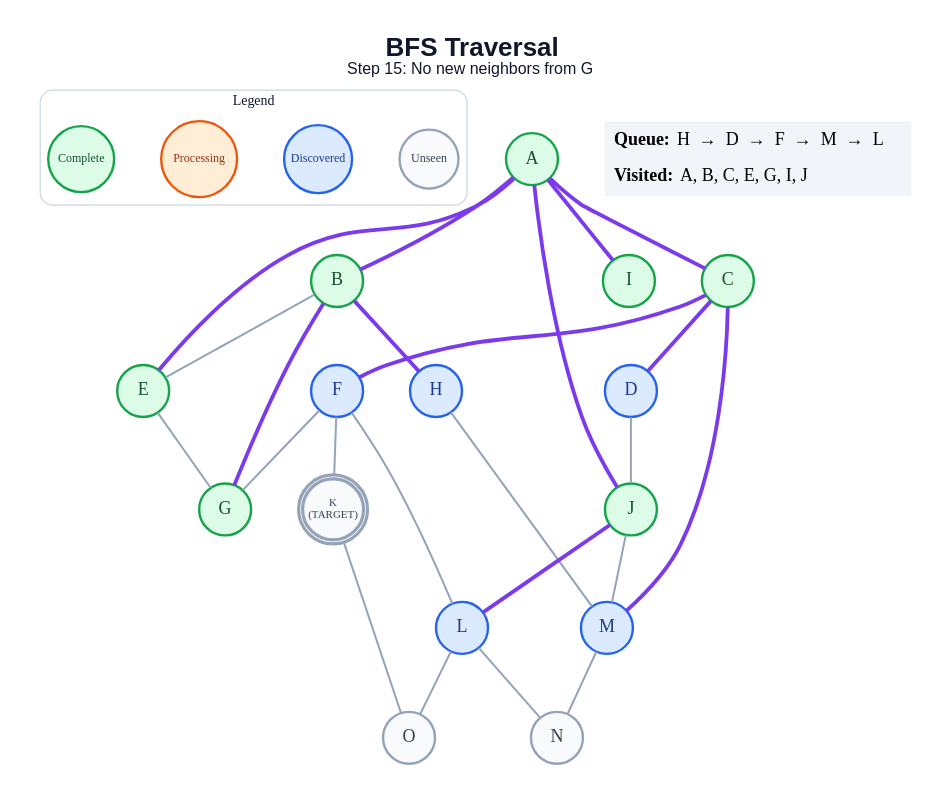
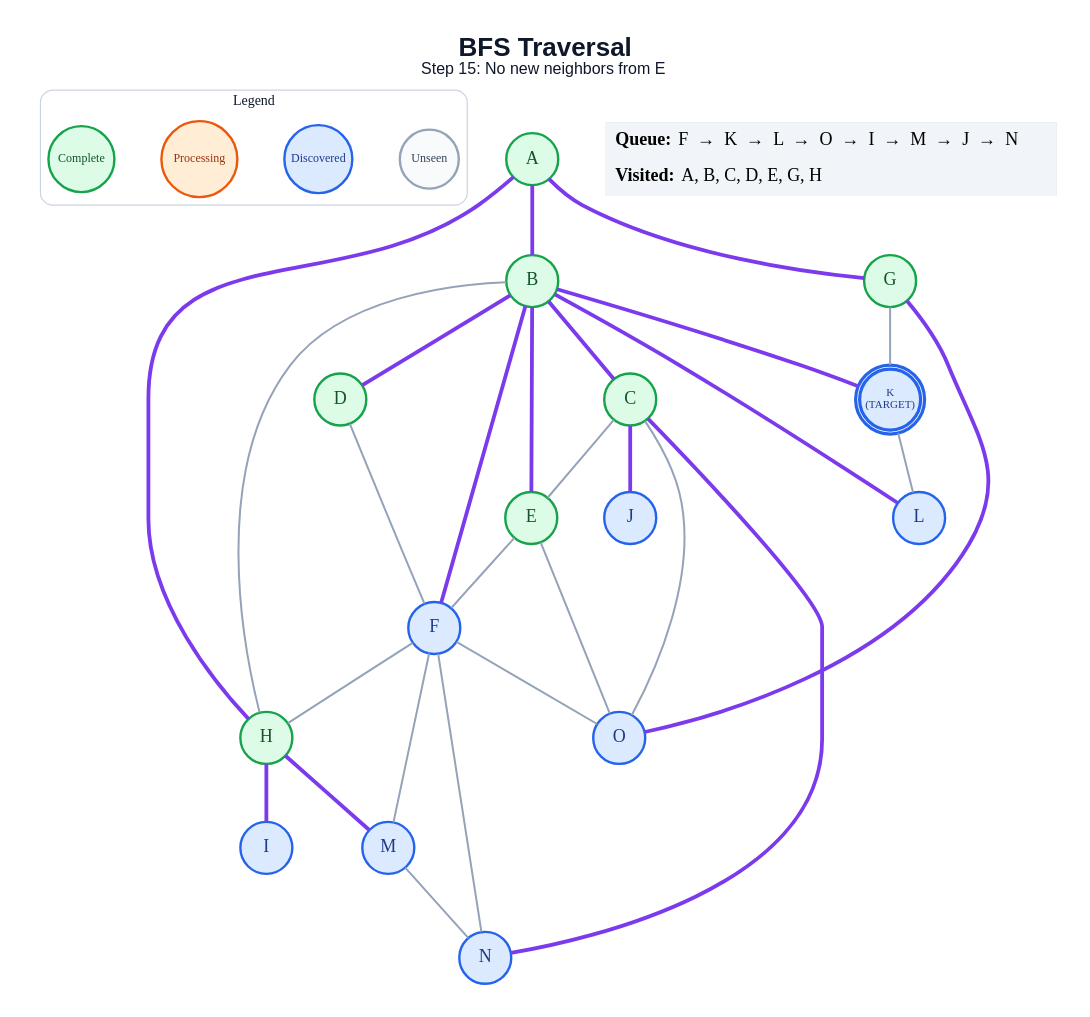
One commit to anon7238593-create/ai-slop changed the diagram in generated/specific-node/bfs/step_15.dot. Above: the diagram before and after it, drawn with Graphviz. The commit also changed 289 other files, not shown here.

```diff
--- a/generated/specific-node/bfs/step_15.dot
+++ b/generated/specific-node/bfs/step_15.dot
@@ -1,57 +1,61 @@
 graph traversal {
   graph [layout=dot, rankdir=TB, bgcolor="#FFFFFF", pad="0.35", nodesep="0.65", ranksep="0.8", fontname="Arial"];
   node [shape=circle, style="filled", fontname="Arial Bold", fontsize=18, width=0.72, fixedsize=true, penwidth=2.4];
   edge [color="#94A3B8", penwidth=2.0];
-  label=<<B>BFS Traversal</B><BR/><FONT POINT-SIZE="16">Step 15: No new neighbors from G</FONT>>; labelloc="t"; fontsize=26; fontname="Arial"; fontcolor="#0F172A";
+  label=<<B>BFS Traversal</B><BR/><FONT POINT-SIZE="16">Step 15: No new neighbors from E</FONT>>; labelloc="t"; fontsize=26; fontname="Arial"; fontcolor="#0F172A";
   subgraph cluster_legend { label="Legend"; color="#CBD5E1"; penwidth=1.2; style="rounded"; fontsize=14; fontname="Arial Bold";
     key_unseen [label="Unseen", fillcolor="#F8FAFC", color="#94A3B8", fontcolor="#334155", fontsize=12, width=0.82];
     key_frontier [label="Discovered", fillcolor="#DBEAFE", color="#2563EB", fontcolor="#1E3A8A", fontsize=12, width=0.95];
     key_current [label="Processing", fillcolor="#FFEDD5", color="#EA580C", fontcolor="#9A3412", fontsize=12, width=1.05];
     key_done [label="Complete", fillcolor="#DCFCE7", color="#16A34A", fontcolor="#14532D", fontsize=12, width=0.92];
     { rank=same; key_unseen; key_frontier; key_current; key_done; }
   }
   A [label="A", fillcolor="#DCFCE7", color="#16A34A", fontcolor="#14532D", peripheries=1, penwidth=2.4];
   B [label="B", fillcolor="#DCFCE7", color="#16A34A", fontcolor="#14532D", peripheries=1, penwidth=2.4];
   C [label="C", fillcolor="#DCFCE7", color="#16A34A", fontcolor="#14532D", peripheries=1, penwidth=2.4];
-  D [label="D", fillcolor="#DBEAFE", color="#2563EB", fontcolor="#1E3A8A", peripheries=1, penwidth=2.4];
+  D [label="D", fillcolor="#DCFCE7", color="#16A34A", fontcolor="#14532D", peripheries=1, penwidth=2.4];
   E [label="E", fillcolor="#DCFCE7", color="#16A34A", fontcolor="#14532D", peripheries=1, penwidth=2.4];
   F [label="F", fillcolor="#DBEAFE", color="#2563EB", fontcolor="#1E3A8A", peripheries=1, penwidth=2.4];
   G [label="G", fillcolor="#DCFCE7", color="#16A34A", fontcolor="#14532D", peripheries=1, penwidth=2.4];
-  H [label="H", fillcolor="#DBEAFE", color="#2563EB", fontcolor="#1E3A8A", peripheries=1, penwidth=2.4];
-  I [label="I", fillcolor="#DCFCE7", color="#16A34A", fontcolor="#14532D", peripheries=1, penwidth=2.4];
-  J [label="J", fillcolor="#DCFCE7", color="#16A34A", fontcolor="#14532D", peripheries=1, penwidth=2.4];
-  K [label="K\n(TARGET)", fillcolor="#F8FAFC", color="#94A3B8", fontcolor="#334155", peripheries=2, penwidth=3.2, fontsize=11, width=0.85, height=0.85];
+  H [label="H", fillcolor="#DCFCE7", color="#16A34A", fontcolor="#14532D", peripheries=1, penwidth=2.4];
+  I [label="I", fillcolor="#DBEAFE", color="#2563EB", fontcolor="#1E3A8A", peripheries=1, penwidth=2.4];
+  J [label="J", fillcolor="#DBEAFE", color="#2563EB", fontcolor="#1E3A8A", peripheries=1, penwidth=2.4];
+  K [label="K\n(TARGET)", fillcolor="#DBEAFE", color="#2563EB", fontcolor="#1E3A8A", peripheries=2, penwidth=3.2, fontsize=11, width=0.85, height=0.85];
   L [label="L", fillcolor="#DBEAFE", color="#2563EB", fontcolor="#1E3A8A", peripheries=1, penwidth=2.4];
   M [label="M", fillcolor="#DBEAFE", color="#2563EB", fontcolor="#1E3A8A", peripheries=1, penwidth=2.4];
-  N [label="N", fillcolor="#F8FAFC", color="#94A3B8", fontcolor="#334155", peripheries=1, penwidth=2.4];
-  O [label="O", fillcolor="#F8FAFC", color="#94A3B8", fontcolor="#334155", peripheries=1, penwidth=2.4];
+  N [label="N", fillcolor="#DBEAFE", color="#2563EB", fontcolor="#1E3A8A", peripheries=1, penwidth=2.4];
+  O [label="O", fillcolor="#DBEAFE", color="#2563EB", fontcolor="#1E3A8A", peripheries=1, penwidth=2.4];
   A -- B [color="#7C3AED", penwidth=3.8];
-  A -- C [color="#7C3AED", penwidth=3.8];
-  A -- E [color="#7C3AED", penwidth=3.8];
-  A -- I [color="#7C3AED", penwidth=3.8];
-  A -- J [color="#7C3AED", penwidth=3.8];
-  B -- E;
-  B -- G [color="#7C3AED", penwidth=3.8];
-  B -- H [color="#7C3AED", penwidth=3.8];
-  C -- D [color="#7C3AED", penwidth=3.8];
-  C -- F [color="#7C3AED", penwidth=3.8];
-  C -- M [color="#7C3AED", penwidth=3.8];
-  D -- J;
-  E -- G;
-  F -- G;
-  F -- K;
-  F -- L;
-  H -- M;
-  J -- L [color="#7C3AED", penwidth=3.8];
-  J -- M;
-  K -- O;
-  L -- N;
-  L -- O;
+  A -- G [color="#7C3AED", penwidth=3.8];
+  A -- H [color="#7C3AED", penwidth=3.8];
+  B -- C [color="#7C3AED", penwidth=3.8];
+  B -- D [color="#7C3AED", penwidth=3.8];
+  B -- E [color="#7C3AED", penwidth=3.8];
+  B -- F [color="#7C3AED", penwidth=3.8];
+  B -- H;
+  B -- K [color="#7C3AED", penwidth=3.8];
+  B -- L [color="#7C3AED", penwidth=3.8];
+  C -- E;
+  C -- J [color="#7C3AED", penwidth=3.8];
+  C -- N [color="#7C3AED", penwidth=3.8];
+  C -- O;
+  D -- F;
+  E -- F;
+  E -- O;
+  F -- H;
+  F -- M;
+  F -- N;
+  F -- O;
+  G -- K;
+  G -- O [color="#7C3AED", penwidth=3.8];
+  H -- I [color="#7C3AED", penwidth=3.8];
+  H -- M [color="#7C3AED", penwidth=3.8];
+  K -- L;
   M -- N;
   status [shape=plain, fixedsize=false, width=0, height=0, margin=0, label=<
     <TABLE BORDER="0" CELLBORDER="0" CELLPADDING="7" BGCOLOR="#F1F5F9">
-      <TR><TD ALIGN="LEFT"><B>Queue:</B> H  →  D  →  F  →  M  →  L</TD></TR>
-      <TR><TD ALIGN="LEFT"><B>Visited:</B> A, B, C, E, G, I, J</TD></TR>
+      <TR><TD ALIGN="LEFT"><B>Queue:</B> F  →  K  →  L  →  O  →  I  →  M  →  J  →  N</TD></TR>
+      <TR><TD ALIGN="LEFT"><B>Visited:</B> A, B, C, D, E, G, H</TD></TR>
     </TABLE>
   >];
 }
```
